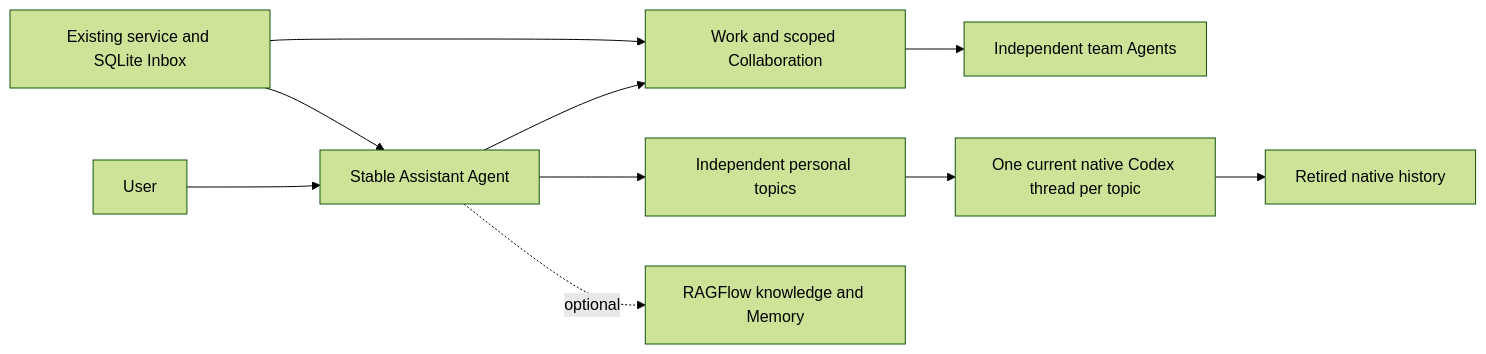
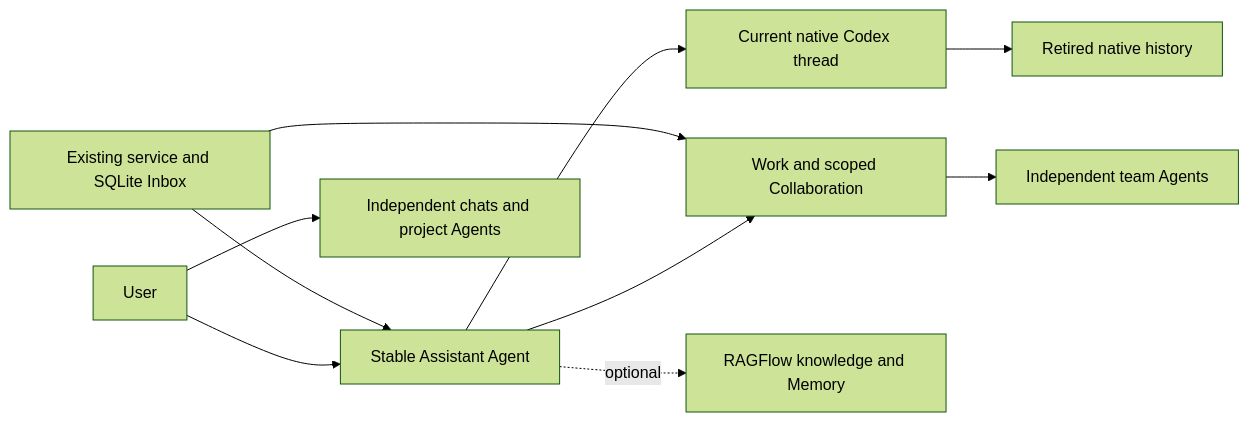
Before and after one commit to acg-box/decodex: the diagram in openwiki/decisions/assistant-lifecycle.md, drawn with Mermaid (forest theme). The commit also changed other lines of this file and 9 other files, not shown here.

Commit message:
Document the personal Assistant and independent conversation workflows

````diff
--- a/openwiki/decisions/assistant-lifecycle.md
+++ b/openwiki/decisions/assistant-lifecycle.md
@@ -118,12 +113,12 @@
 ```mermaid
 flowchart LR
     U[User] --> A[Stable Assistant Agent]
     A --> W[Work and scoped Collaboration]
     W --> T[Independent team Agents]
-    A --> P[Independent personal topics]
-    P --> C[One current native Codex thread per topic]
+    U --> O[Independent chats and project Agents]
+    A --> C[Current native Codex thread]
     C --> H[Retired native history]
     A -. optional .-> R[RAGFlow knowledge and Memory]
     S[Existing service and SQLite Inbox] --> A
     S --> W
 ```
````
